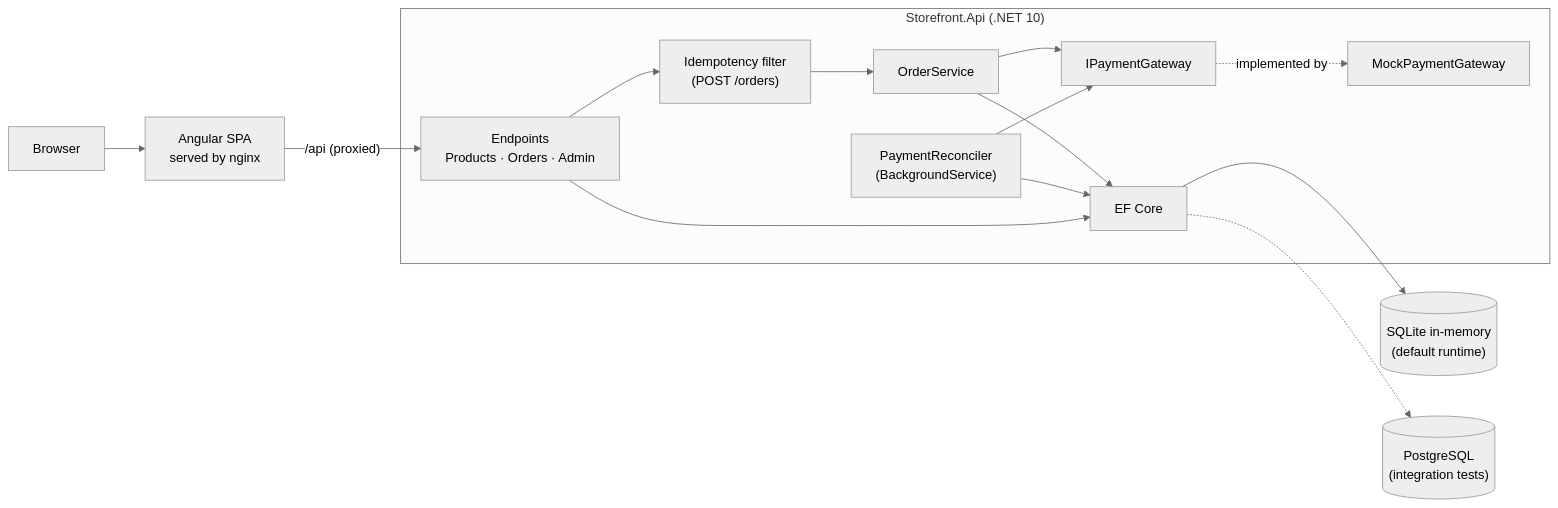
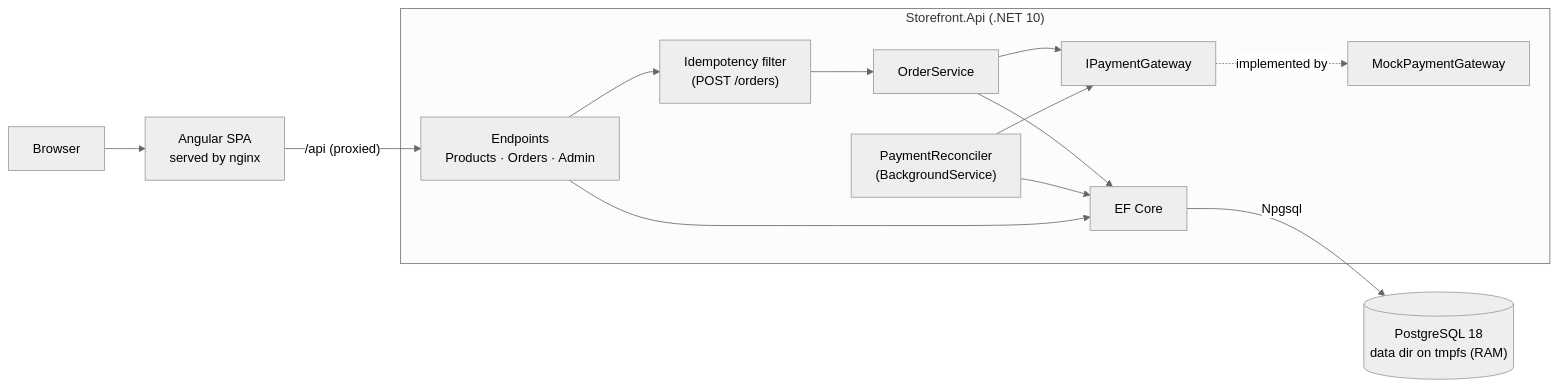
The first of 4 diagrams in ARCHITECTURE.md (tony-engineering/storefront-blueprint), drawn with Mermaid (neutral theme) before and after one commit. The commit also changed other lines of this file and 17 other files, not shown here.

````diff
--- a/ARCHITECTURE.md
+++ b/ARCHITECTURE.md
@@ -11,27 +11,26 @@
 ```mermaid
 flowchart LR
     Browser["Browser"] --> Web["Angular SPA<br/>served by nginx"]
 
     subgraph Api["Storefront.Api (.NET 10)"]
         Endpoints["Endpoints<br/>Products · Orders · Admin"]
         Idem["Idempotency filter<br/>(POST /orders)"]
         OrderSvc["OrderService"]
         Gateway["IPaymentGateway"]
         Mock["MockPaymentGateway"]
         Recon["PaymentReconciler<br/>(BackgroundService)"]
         Ef["EF Core"]
 
         Endpoints --> Idem --> OrderSvc
         OrderSvc --> Gateway
         Gateway -. implemented by .-> Mock
         Recon --> Gateway
         OrderSvc --> Ef
         Recon --> Ef
         Endpoints --> Ef
     end
 
     Web -- "/api (proxied)" --> Endpoints
 
-    Ef --> Sqlite[("SQLite in-memory<br/>(default runtime)")]
-    Ef -.-> Pg[("PostgreSQL<br/>(integration tests)")]
+    Ef -- Npgsql --> Pg[("PostgreSQL 18<br/>data dir on tmpfs (RAM)")]
 ```
````
